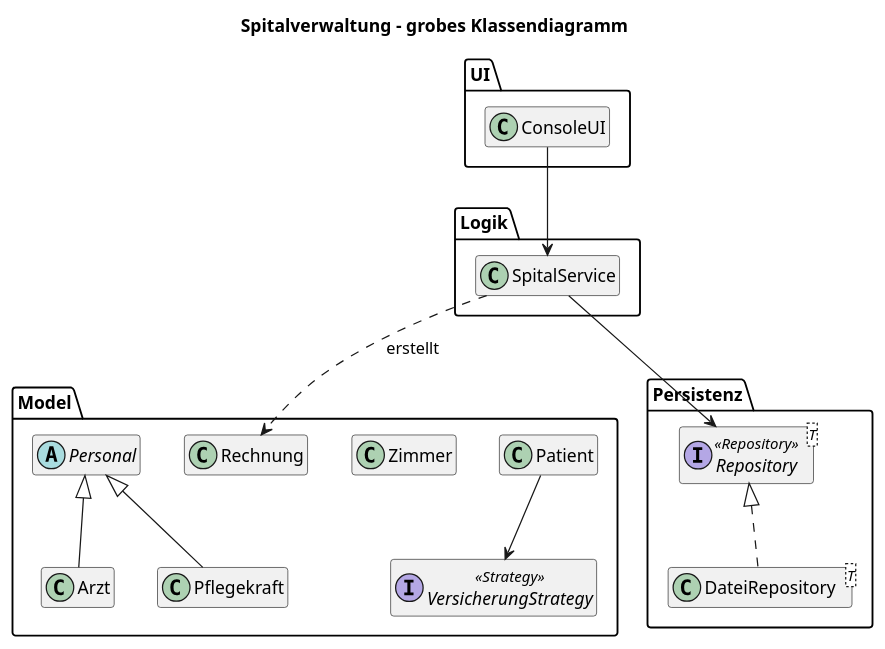
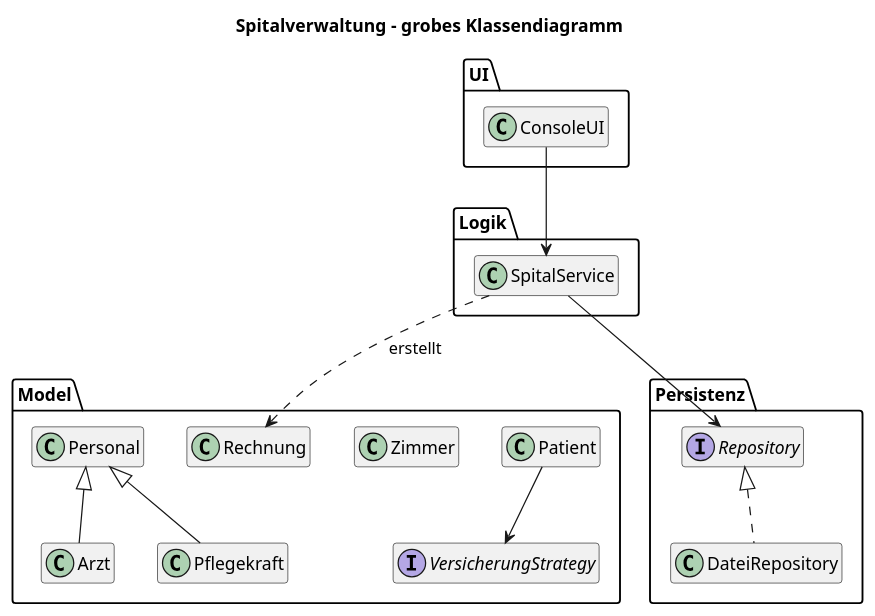
The second of 5 diagrams in M4_Spital/Kompetenznachweis.md (Chime456/M320_OOP), drawn with PlantUML before and after one commit. The commit also changed 7 other files, not shown here.

````diff
--- a/M4_Spital/Kompetenznachweis.md
+++ b/M4_Spital/Kompetenznachweis.md
@@ -115,38 +115,38 @@
 ```plantuml
 @startuml
 title Spitalverwaltung - grobes Klassendiagramm
 hide members
 
 package "UI" {
   class ConsoleUI
 }
 
 package "Logik" {
   class SpitalService
 }
 
 package "Model" {
   class Patient
   class Zimmer
   class Rechnung
-  abstract class Personal
+  class Personal
   class Arzt
   class Pflegekraft
-  interface VersicherungStrategy <<Strategy>>
+  interface VersicherungStrategy
 }
 
 package "Persistenz" {
-  interface "Repository<T>" as Repository <<Repository>>
-  class "DateiRepository<T>" as DateiRepository
+  interface "Repository"
+  class "DateiRepository"
 }
 
 Personal <|-- Arzt
 Personal <|-- Pflegekraft
 Repository <|.. DateiRepository
 
 ConsoleUI --> SpitalService
 SpitalService --> Repository
 SpitalService ..> Rechnung : erstellt
 Patient --> VersicherungStrategy
 @enduml
 ```
````
